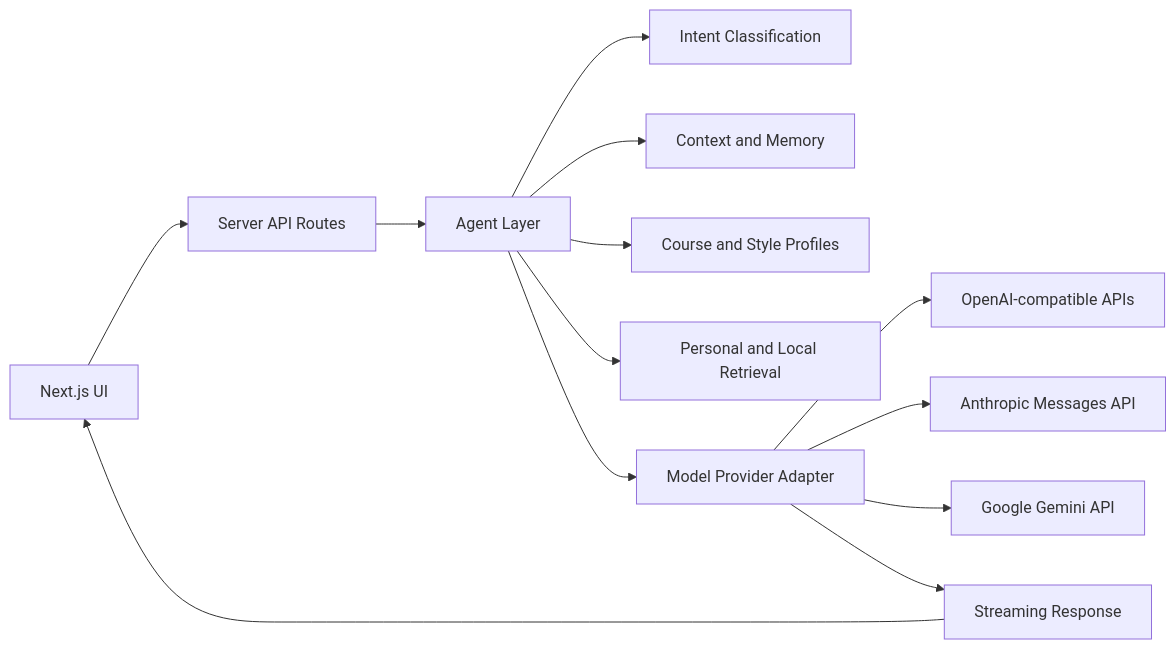
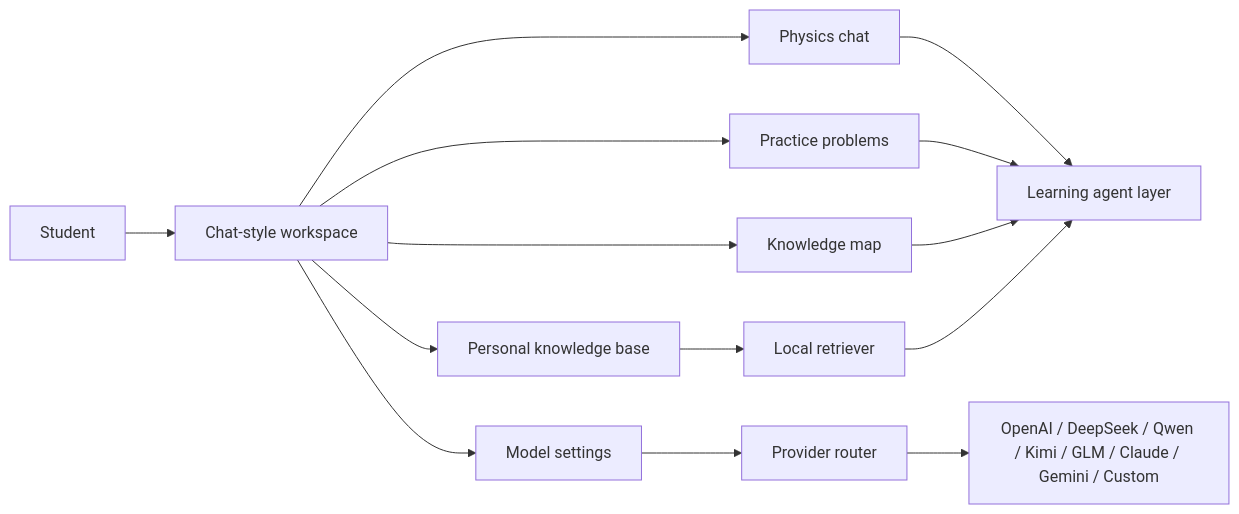
Before and after one commit to lizr-phys/physics-learning-agent: the first of 5 diagrams in README.md, drawn with Mermaid. The commit also changed other lines of this file, not shown here.

````diff
--- a/README.md
+++ b/README.md
@@ -135,15 +35,17 @@
 ```mermaid
 flowchart LR
-  UI["Next.js UI"] --> API["Server API Routes"]
-  API --> Agent["Agent Layer"]
-  Agent --> Intent["Intent Classification"]
-  Agent --> Context["Context and Memory"]
-  Agent --> Prompts["Course and Style Profiles"]
-  Agent --> Retrieval["Personal and Local Retrieval"]
-  Agent --> Providers["Model Provider Adapter"]
-  Providers --> OpenAI["OpenAI-compatible APIs"]
-  Providers --> Claude["Anthropic Messages API"]
-  Providers --> Gemini["Google Gemini API"]
-  Providers --> Stream["Streaming Response"]
-  Stream --> UI
+  Student["Student"] --> Workspace["Chat-style workspace"]
+  Workspace --> Chat["Physics chat"]
+  Workspace --> Practice["Practice problems"]
+  Workspace --> Map["Knowledge map"]
+  Workspace --> KB["Personal knowledge base"]
+  Workspace --> Settings["Model settings"]
+
+  Chat --> Agent["Learning agent layer"]
+  Practice --> Agent
+  Map --> Agent
+  KB --> Retriever["Local retriever"]
+  Retriever --> Agent
+  Settings --> Router["Provider router"]
+  Router --> Models["OpenAI / DeepSeek / Qwen / Kimi / GLM / Claude / Gemini / Custom"]
 ```
````
